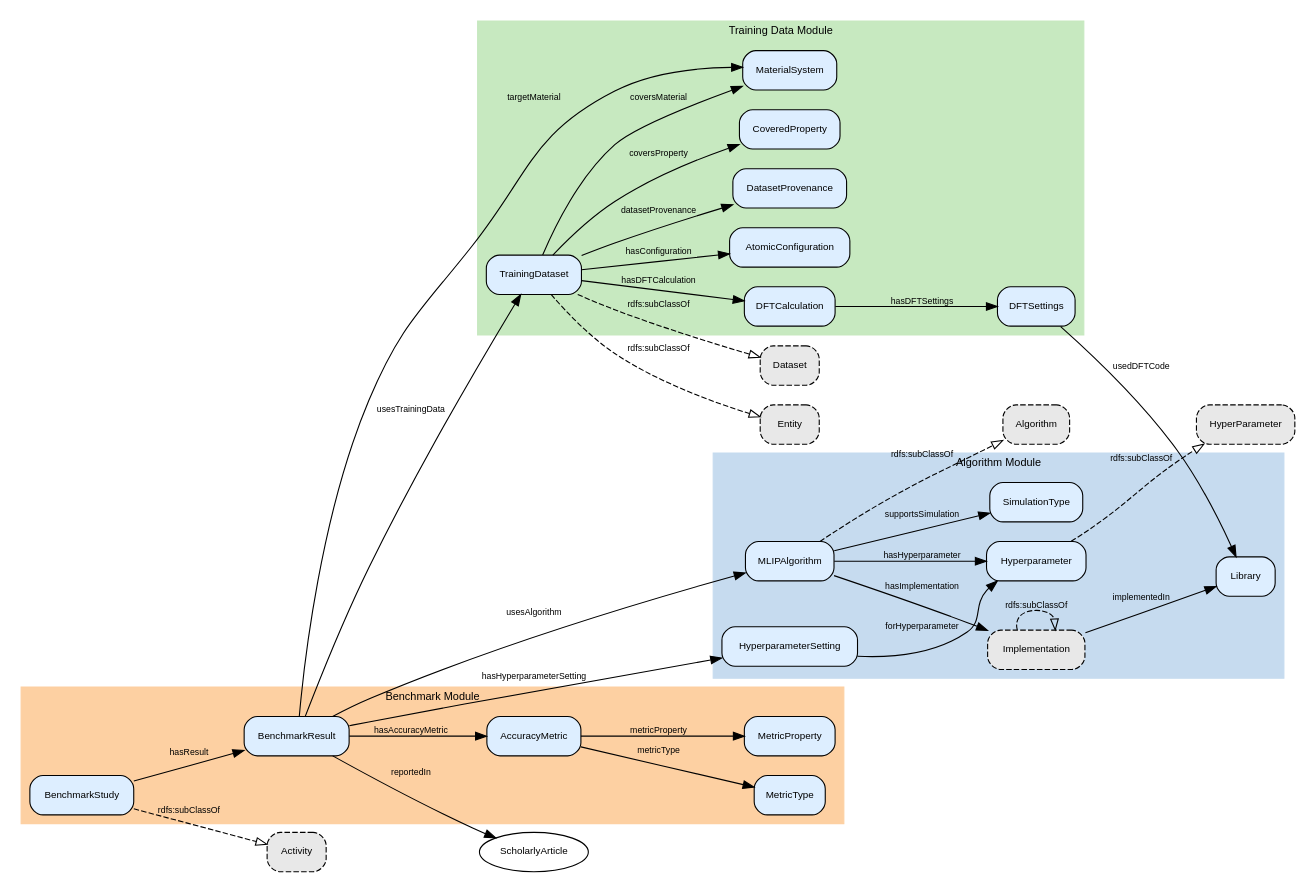
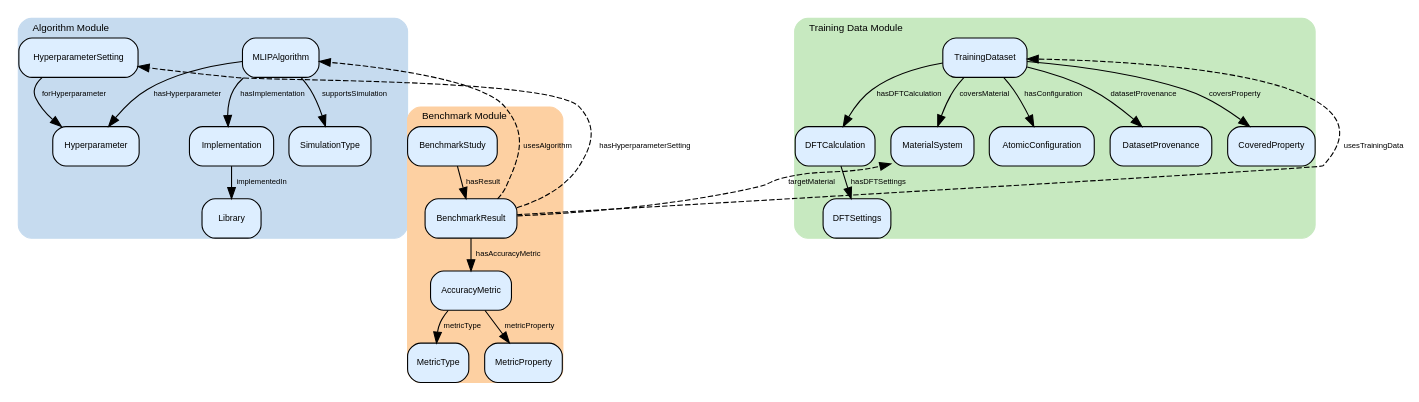
One commit to danielhz/mlips-ontology changed the diagram in artifacts/figures/mlips-overview.dot. Above: the diagram before and after it, drawn with Graphviz. The commit also changed 2 other files, not shown here.

Commit message:
Improve overview figure layout: modules side by side
Algorithm and Training Data modules now appear side by side with
Benchmark module below, saving vertical space. Cross-module edges
shown as dashed lines. External superclasses omitted from overview
for clarity (documented in text and per-module figures).

```diff
--- a/artifacts/figures/mlips-overview.dot
+++ b/artifacts/figures/mlips-overview.dot
@@ -1,71 +1,70 @@
 digraph mlips_overview {
-rankdir=LR;
-fontname="Helvetica";
-fontsize=10;
-node [fontname="Helvetica", fontsize=9];
-edge [fontname="Helvetica", fontsize=8];
-
+  rankdir=TB;
+  fontname="Helvetica";
+  fontsize=10;
+  node [fontname="Helvetica", fontsize=8, margin="0.08,0.03"];
+  edge [fontname="Helvetica", fontsize=7];
+  nodesep=0.20;
+  ranksep=0.30;
+  margin=0;
+  pad="0.02";
+  compound=true;
+  newrank=true;
   subgraph cluster_algorithm {
     label="Algorithm Module";
-    style=filled; color="#c6dbef";
+    style="filled,rounded"; color="#c6dbef";
+    fontsize=9; labeljust=l;
     MLIPAlgorithm [shape=box, style="rounded,filled", fillcolor="#ddeeff"];
     Hyperparameter [shape=box, style="rounded,filled", fillcolor="#ddeeff"];
     HyperparameterSetting [shape=box, style="rounded,filled", fillcolor="#ddeeff"];
     Implementation [shape=box, style="rounded,filled", fillcolor="#ddeeff"];
     Library [shape=box, style="rounded,filled", fillcolor="#ddeeff"];
     SimulationType [shape=box, style="rounded,filled", fillcolor="#ddeeff"];
+    MLIPAlgorithm -> Hyperparameter [label="hasHyperparameter"];
+    MLIPAlgorithm -> Implementation [label="hasImplementation"];
+    MLIPAlgorithm -> SimulationType [label="supportsSimulation"];
+    Implementation -> Library [label="implementedIn"];
+    HyperparameterSetting -> Hyperparameter [label="forHyperparameter"];
   }
   subgraph cluster_training {
     label="Training Data Module";
-    style=filled; color="#c7e9c0";
+    style="filled,rounded"; color="#c7e9c0";
+    fontsize=9; labeljust=l;
     TrainingDataset [shape=box, style="rounded,filled", fillcolor="#ddeeff"];
     DFTCalculation [shape=box, style="rounded,filled", fillcolor="#ddeeff"];
     DFTSettings [shape=box, style="rounded,filled", fillcolor="#ddeeff"];
     MaterialSystem [shape=box, style="rounded,filled", fillcolor="#ddeeff"];
     AtomicConfiguration [shape=box, style="rounded,filled", fillcolor="#ddeeff"];
     DatasetProvenance [shape=box, style="rounded,filled", fillcolor="#ddeeff"];
     CoveredProperty [shape=box, style="rounded,filled", fillcolor="#ddeeff"];
+    TrainingDataset -> MaterialSystem [label="coversMaterial"];
+    TrainingDataset -> DFTCalculation [label="hasDFTCalculation"];
+    TrainingDataset -> CoveredProperty [label="coversProperty"];
+    TrainingDataset -> DatasetProvenance [label="datasetProvenance"];
+    TrainingDataset -> AtomicConfiguration [label="hasConfiguration"];
+    DFTCalculation -> DFTSettings [label="hasDFTSettings"];
   }
+  { rank=same; MLIPAlgorithm; TrainingDataset; }
   subgraph cluster_benchmark {
     label="Benchmark Module";
-    style=filled; color="#fdd0a2";
+    style="filled,rounded"; color="#fdd0a2";
+    fontsize=9; labeljust=l;
     BenchmarkStudy [shape=box, style="rounded,filled", fillcolor="#ddeeff"];
     BenchmarkResult [shape=box, style="rounded,filled", fillcolor="#ddeeff"];
     AccuracyMetric [shape=box, style="rounded,filled", fillcolor="#ddeeff"];
     MetricType [shape=box, style="rounded,filled", fillcolor="#ddeeff"];
     MetricProperty [shape=box, style="rounded,filled", fillcolor="#ddeeff"];
+    BenchmarkStudy -> BenchmarkResult [label="hasResult"];
+    BenchmarkResult -> AccuracyMetric [label="hasAccuracyMetric"];
+    AccuracyMetric -> MetricType [label="metricType"];
+    AccuracyMetric -> MetricProperty [label="metricProperty"];
   }
-  Activity [shape=box, style="rounded,dashed,filled", fillcolor="#e8e8e8"];
-  Algorithm [shape=box, style="rounded,dashed,filled", fillcolor="#e8e8e8"];
-  Dataset [shape=box, style="rounded,dashed,filled", fillcolor="#e8e8e8"];
-  Entity [shape=box, style="rounded,dashed,filled", fillcolor="#e8e8e8"];
-  HyperParameter [shape=box, style="rounded,dashed,filled", fillcolor="#e8e8e8"];
-  Implementation [shape=box, style="rounded,dashed,filled", fillcolor="#e8e8e8"];
-  MLIPAlgorithm -> Algorithm [label="rdfs:subClassOf", style=dashed, arrowhead=empty];
-  Hyperparameter -> HyperParameter [label="rdfs:subClassOf", style=dashed, arrowhead=empty];
-  Implementation -> Implementation [label="rdfs:subClassOf", style=dashed, arrowhead=empty];
-  TrainingDataset -> Dataset [label="rdfs:subClassOf", style=dashed, arrowhead=empty];
-  TrainingDataset -> Entity [label="rdfs:subClassOf", style=dashed, arrowhead=empty];
-  BenchmarkStudy -> Activity [label="rdfs:subClassOf", style=dashed, arrowhead=empty];
-  MLIPAlgorithm -> Hyperparameter [label="hasHyperparameter"];
-  MLIPAlgorithm -> Implementation [label="hasImplementation"];
-  Implementation -> Library [label="implementedIn"];
-  MLIPAlgorithm -> SimulationType [label="supportsSimulation"];
-  HyperparameterSetting -> Hyperparameter [label="forHyperparameter"];
-  TrainingDataset -> DFTCalculation [label="hasDFTCalculation"];
-  DFTCalculation -> DFTSettings [label="hasDFTSettings"];
-  TrainingDataset -> MaterialSystem [label="coversMaterial"];
-  TrainingDataset -> AtomicConfiguration [label="hasConfiguration"];
-  TrainingDataset -> DatasetProvenance [label="datasetProvenance"];
-  TrainingDataset -> CoveredProperty [label="coversProperty"];
-  DFTSettings -> Library [label="usedDFTCode"];
-  BenchmarkStudy -> BenchmarkResult [label="hasResult"];
-  BenchmarkResult -> MLIPAlgorithm [label="usesAlgorithm"];
-  BenchmarkResult -> TrainingDataset [label="usesTrainingData"];
-  BenchmarkResult -> MaterialSystem [label="targetMaterial"];
-  BenchmarkResult -> AccuracyMetric [label="hasAccuracyMetric"];
-  BenchmarkResult -> HyperparameterSetting [label="hasHyperparameterSetting"];
-  AccuracyMetric -> MetricType [label="metricType"];
-  AccuracyMetric -> MetricProperty [label="metricProperty"];
-  BenchmarkResult -> ScholarlyArticle [label="reportedIn"];
+  // Layout: force top row above benchmark
+  MLIPAlgorithm -> BenchmarkStudy [style=invis];
+  TrainingDataset -> BenchmarkResult [style=invis];
+  // Cross-module relationships
+  BenchmarkResult -> MLIPAlgorithm [label="usesAlgorithm", constraint=false, style=dashed];
+  BenchmarkResult -> TrainingDataset [label="usesTrainingData", constraint=false, style=dashed];
+  BenchmarkResult -> MaterialSystem [label="targetMaterial", constraint=false, style=dashed];
+  BenchmarkResult -> HyperparameterSetting [label="hasHyperparameterSetting", constraint=false, style=dashed];
 }
```
